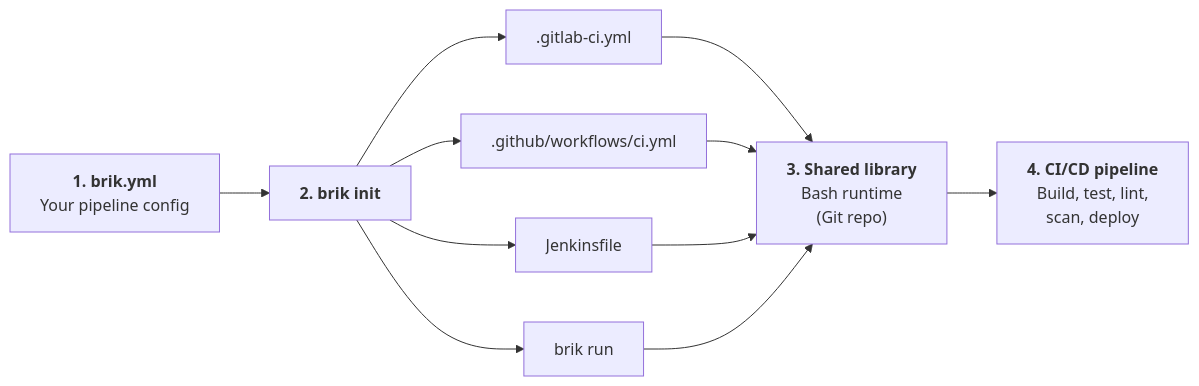
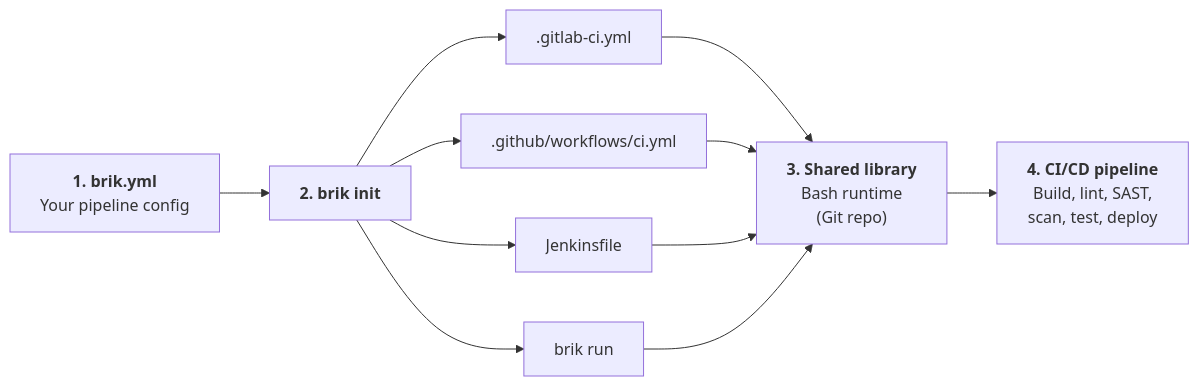
One commit to getbrik/brik changed the first of 2 diagrams in README.md. Above: the diagram before and after it, drawn with Mermaid. The commit also changed other lines of this file and 2 other files, not shown here.

Commit message:
docs: fix inaccuracies in architecture.md, reference.md, and README

````diff
--- a/README.md
+++ b/README.md
@@ -41,22 +41,22 @@
 ```mermaid
 flowchart LR
     A["<b>1. brik.yml</b><br/>Your pipeline config"]
     B["<b>2. brik init</b>"]
     GL[".gitlab-ci.yml"]
     GH[".github/workflows/ci.yml"]
     JK["Jenkinsfile"]
     LO["brik run"]
     C["<b>3. Shared library</b><br/>Bash runtime<br/>(Git repo)"]
-    D["<b>4. CI/CD pipeline</b><br/>Build, test, lint,<br/>scan, deploy"]
+    D["<b>4. CI/CD pipeline</b><br/>Build, lint, SAST,<br/>scan, test, deploy"]
 
     A --> B
     B --> GL
     B --> GH
     B --> JK
     B --> LO
     GL --> C
     GH --> C
     JK --> C
     LO --> C
     C --> D
 ```
````
